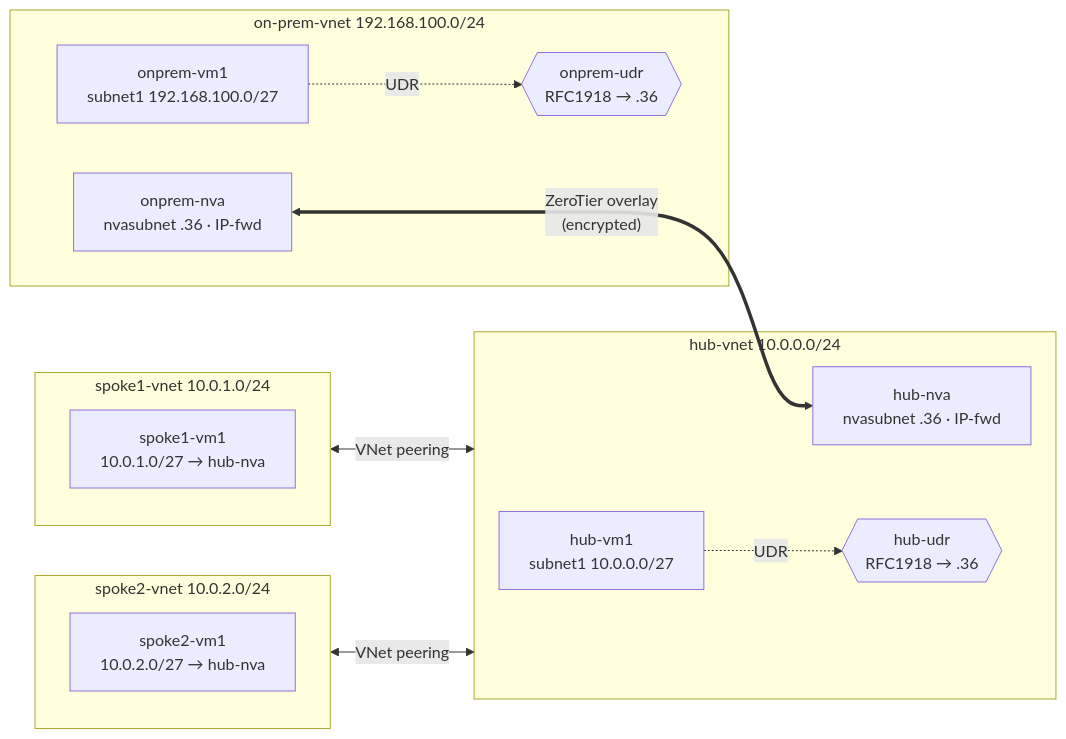
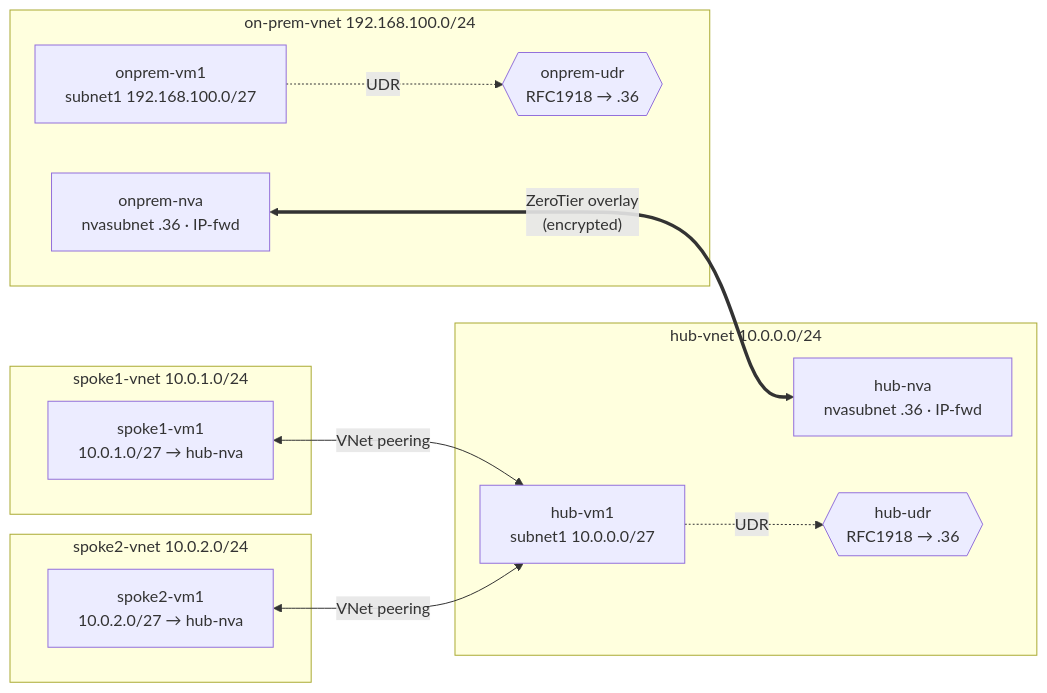
Before and after one commit to dmauser/azure-zt-lab: the diagram in scenario1-static-routing/README.md, drawn with Mermaid. The commit also changed other lines of this file and 15 other files, not shown here.

First line of the commit message:
Automate ZeroTier authorization via REST API; refresh docs and diagrams

````diff
--- a/scenario1-static-routing/README.md
+++ b/scenario1-static-routing/README.md
@@ -14,27 +29,27 @@
 ```mermaid
 flowchart LR
     subgraph OP["on‑prem‑vnet 192.168.100.0/24"]
         OPVM["onprem-vm1<br/>subnet1 192.168.100.0/27"]
         OPNVA["onprem-nva<br/>nvasubnet .36 · IP‑fwd"]
         OPUDR{{"onprem-udr<br/>RFC1918 → .36"}}
         OPVM -. UDR .-> OPUDR
     end
 
     subgraph HUB["hub‑vnet 10.0.0.0/24"]
         HVM["hub-vm1<br/>subnet1 10.0.0.0/27"]
         HNVA["hub-nva<br/>nvasubnet .36 · IP‑fwd"]
         HUDR{{"hub-udr<br/>RFC1918 → .36"}}
         HVM -. UDR .-> HUDR
     end
 
     subgraph S1["spoke1‑vnet 10.0.1.0/24"]
         S1VM["spoke1-vm1<br/>10.0.1.0/27 → hub-nva"]
     end
     subgraph S2["spoke2‑vnet 10.0.2.0/24"]
         S2VM["spoke2-vm1<br/>10.0.2.0/27 → hub-nva"]
     end
 
     OPNVA <===>|"ZeroTier overlay<br/>(encrypted)"| HNVA
-    S1 <-->|"VNet peering"| HUB
-    S2 <-->|"VNet peering"| HUB
+    S1VM <-->|"VNet peering"| HVM
+    S2VM <-->|"VNet peering"| HVM
 ```
````
